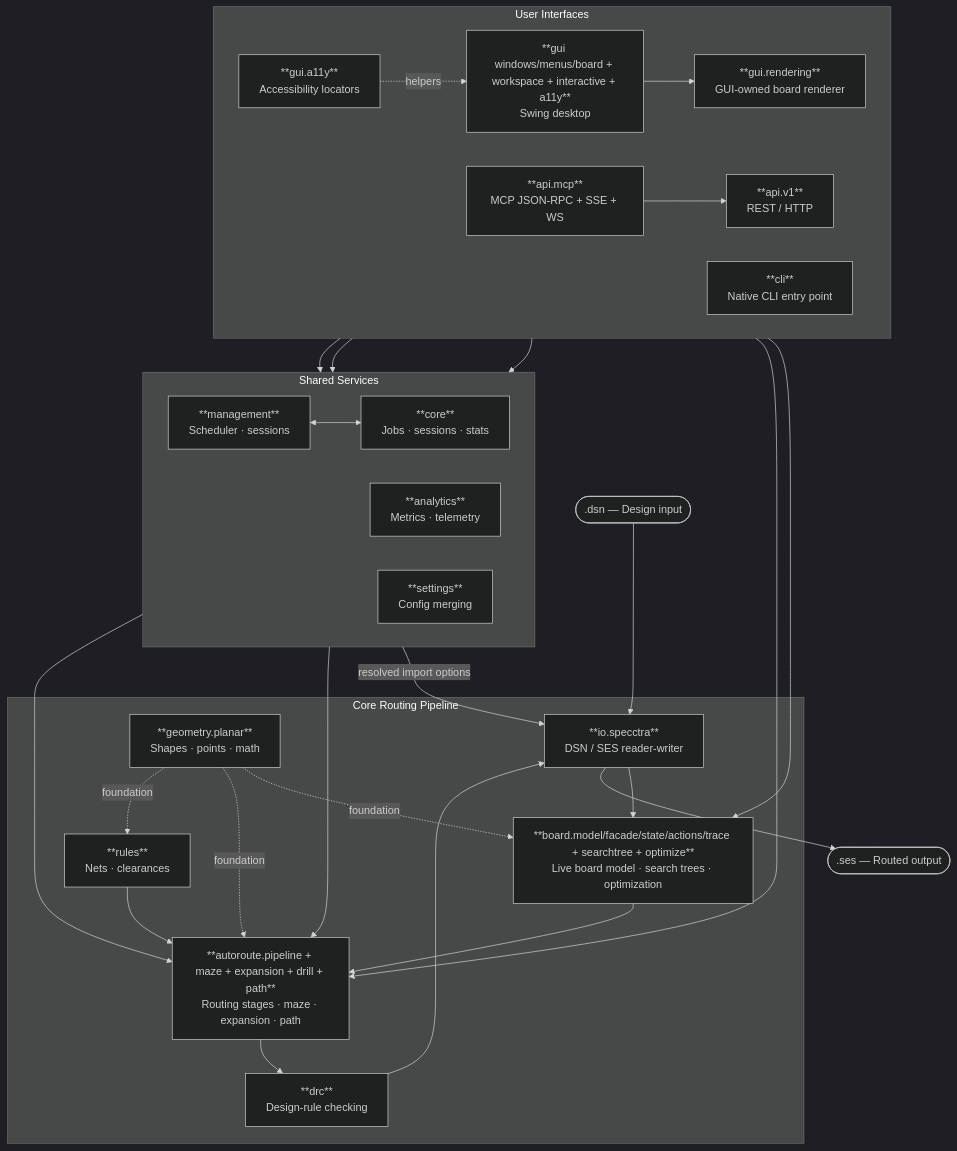
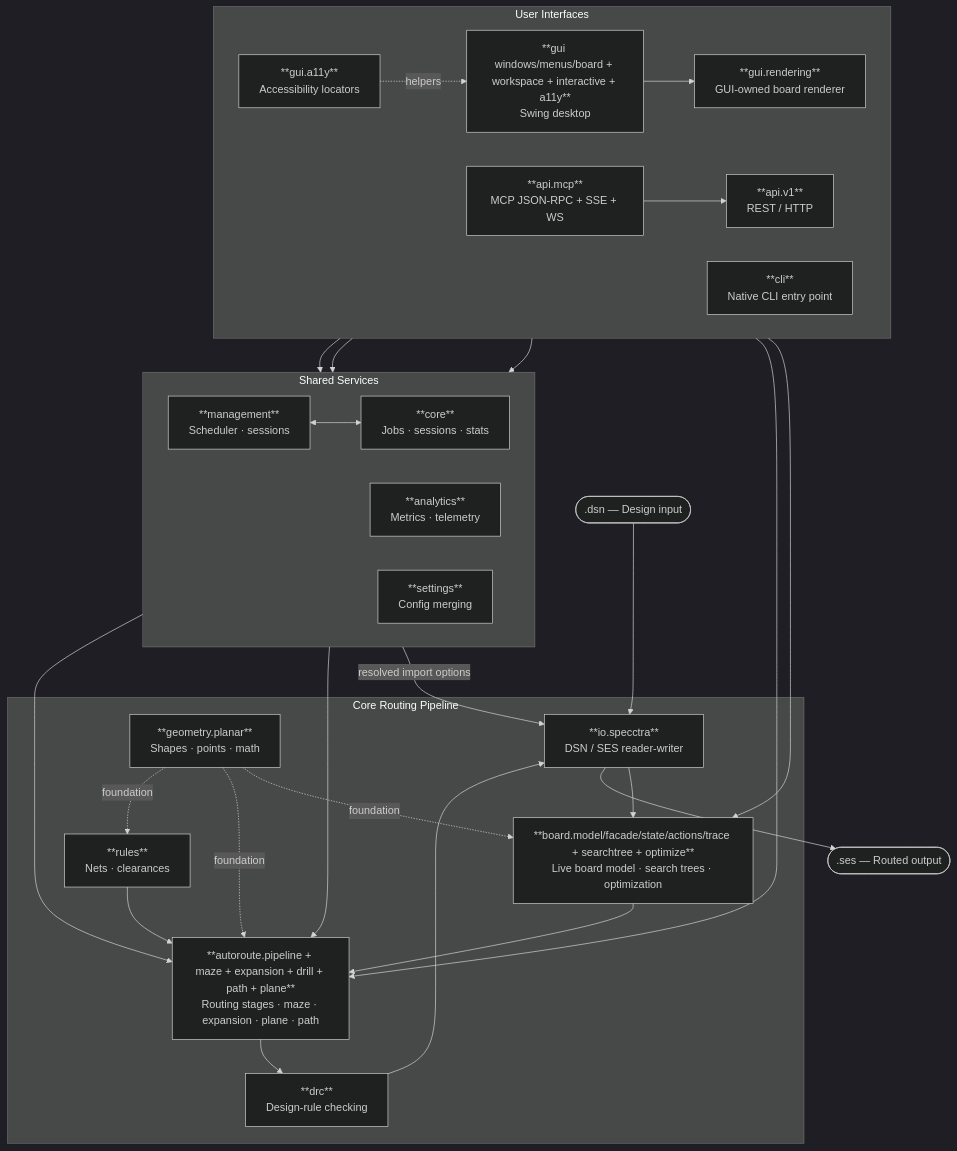
One commit to freerouting/freerouting changed the diagram in docs/architecture.md. Above: the diagram before and after it, drawn with Mermaid (dark theme). The commit also changed other lines of this file and 1 other file, not shown here.

Commit message:
docs(architecture): document autoroute.plane package and KiCad automatic zone filling

````diff
--- a/docs/architecture.md
+++ b/docs/architecture.md
@@ -16,52 +16,52 @@
 ```mermaid
 flowchart TD
     DSN([".dsn — Design input"])
     SES([".ses — Routed output"])
 
     subgraph interfaces ["User Interfaces"]
         direction LR
         GUI["**gui windows/menus/board + workspace + interactive + a11y**\nSwing desktop"]
         RENDER["**gui.rendering**\nGUI-owned board renderer"]
         A11Y["**gui.a11y**\nAccessibility locators"]
         API["**api.v1**\nREST / HTTP"]
         MCP["**api.mcp**\nMCP JSON-RPC + SSE + WS"]
         CLI["**cli**\nNative CLI entry point"]
     end
 
     subgraph services ["Shared Services"]
         direction LR
         MGMT["**management**\nScheduler · sessions"]
         ANALYTICS["**analytics**\nMetrics · telemetry"]
         CORE["**core**\nJobs · sessions · stats"]
         CFG["**settings**\nConfig merging"]
     end
 
     subgraph pipeline ["Core Routing Pipeline"]
         IO["**io.specctra**\nDSN / SES reader-writer"]
         BOARD["**board.model/facade/state/actions/trace + searchtree + optimize**\nLive board model · search trees · optimization"]
         RULES["**rules**\nNets · clearances"]
-        AR["**autoroute.pipeline + maze + expansion + drill + path**\nRouting stages · maze · expansion · path"]
+        AR["**autoroute.pipeline + maze + expansion + drill + path + plane**\nRouting stages · maze · expansion · plane · path"]
         DRC["**drc**\nDesign-rule checking"]
         GEO["**geometry.planar**\nShapes · points · math"]
     end
 
     DSN --> IO --> BOARD
     MGMT -->|resolved import options| IO
     RULES --> AR
     BOARD --> AR
     AR --> DRC --> IO --> SES
     GEO -. foundation .-> BOARD
     GEO -. foundation .-> AR
     GEO -. foundation .-> RULES
 
     GUI --> MGMT
     GUI --> RENDER --> BOARD
     RENDER --> AR
     A11Y -. helpers .-> GUI
     API --> MGMT
     MCP --> API
     CLI --> MGMT
     MGMT <--> CORE
     CFG --> AR
     CORE --> AR
 ```
````
